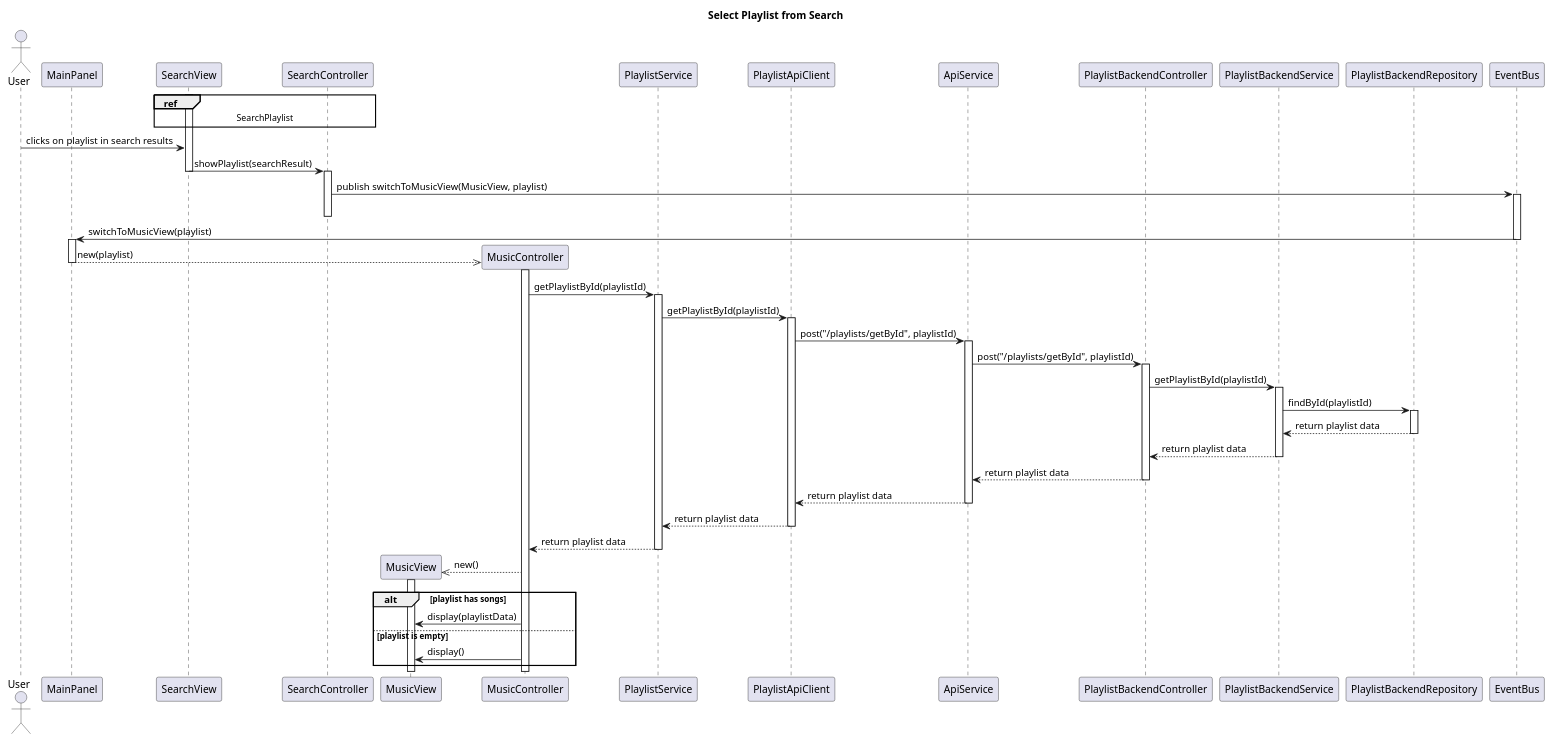
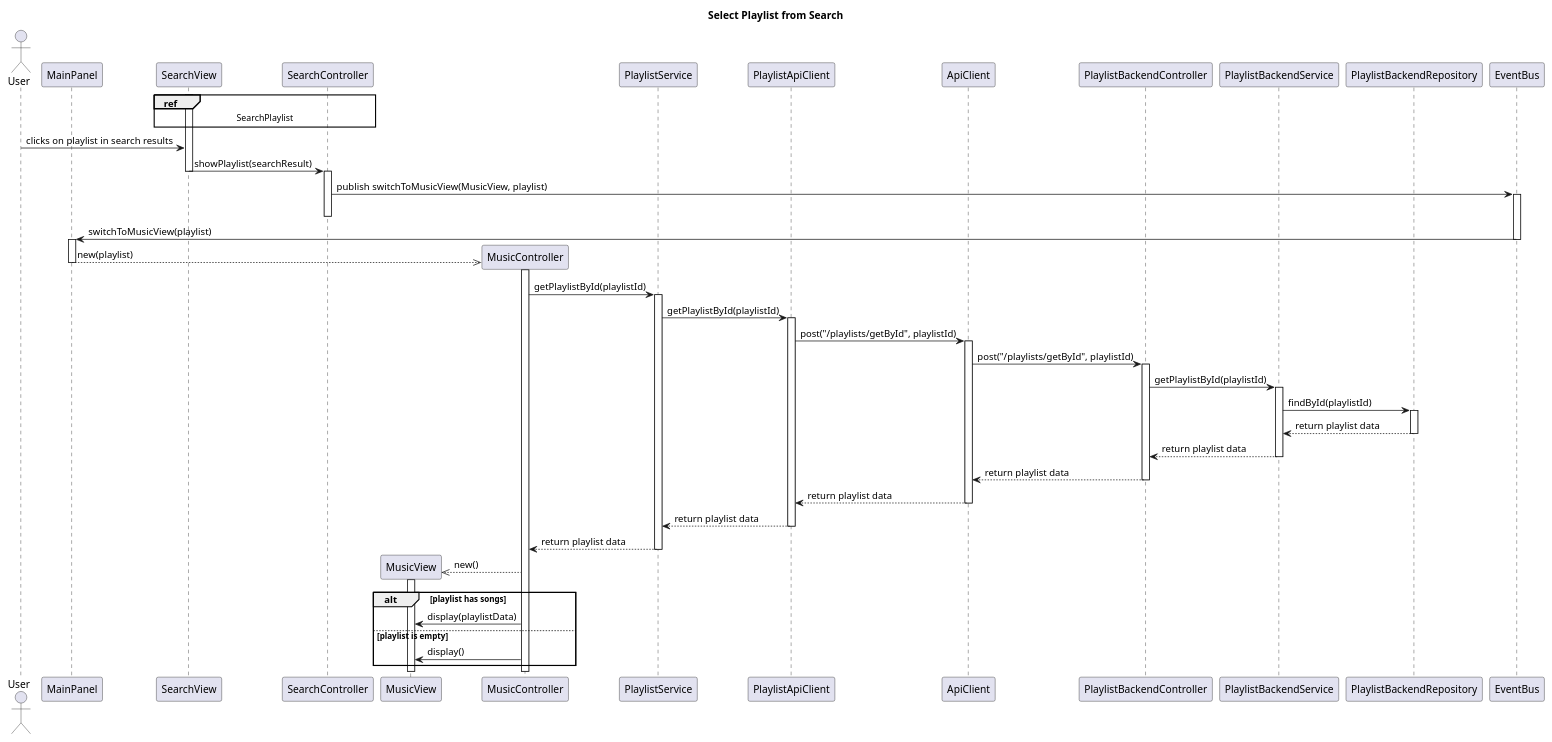
One commit to RubenKingCP/Tunix changed the diagram in Paradoteo_4/SequenceDiagrams-v0.3/SelectPlaylistFromSearch.puml. Above: the diagram before and after it, drawn with PlantUML. The commit also changed 40 other files, not shown here.

```diff
--- a/Paradoteo_4/SequenceDiagrams-v0.3/SelectPlaylistFromSearch.puml
+++ b/Paradoteo_4/SequenceDiagrams-v0.3/SelectPlaylistFromSearch.puml
@@ -1,73 +1,73 @@
 @startuml SelectPlaylistFromSearch
 
 title Select Playlist from Search
 
 actor User
 
 participant MainPanel
 participant SearchView
 participant SearchController
 participant MusicView
 participant MusicController
 participant PlaylistService
 participant PlaylistApiClient
-participant ApiService
+participant ApiClient
 participant PlaylistBackendController
 participant PlaylistBackendService
 participant PlaylistBackendRepository
 
 
 participant EventBus
 
 ref over SearchView, SearchController
 SearchPlaylist
 end ref
 activate SearchView
 User -> SearchView : clicks on playlist in search results
 SearchView -> SearchController : showPlaylist(searchResult)
 deactivate SearchView
 activate SearchController
 SearchController -> EventBus : publish switchToMusicView(MusicView, playlist)
 activate EventBus
 deactivate SearchController
 EventBus -> MainPanel : switchToMusicView(playlist)
 deactivate EventBus
 activate MainPanel
 create MusicController
 MainPanel -->> MusicController : new(playlist)
 deactivate MainPanel
 activate MusicController
 MusicController -> PlaylistService : getPlaylistById(playlistId)
 activate PlaylistService
 PlaylistService -> PlaylistApiClient : getPlaylistById(playlistId)
 activate PlaylistApiClient
-PlaylistApiClient -> ApiService : post("/playlists/getById", playlistId)
-activate ApiService
-ApiService -> PlaylistBackendController : post("/playlists/getById", playlistId)
+PlaylistApiClient -> ApiClient : post("/playlists/getById", playlistId)
+activate ApiClient
+ApiClient -> PlaylistBackendController : post("/playlists/getById", playlistId)
 activate PlaylistBackendController
 PlaylistBackendController -> PlaylistBackendService : getPlaylistById(playlistId)
 activate PlaylistBackendService
 PlaylistBackendService -> PlaylistBackendRepository : findById(playlistId)
 activate PlaylistBackendRepository
 PlaylistBackendRepository --> PlaylistBackendService : return playlist data
 deactivate PlaylistBackendRepository
 PlaylistBackendService --> PlaylistBackendController : return playlist data
 deactivate PlaylistBackendService
-PlaylistBackendController --> ApiService : return playlist data
+PlaylistBackendController --> ApiClient : return playlist data
 deactivate PlaylistBackendController
-ApiService --> PlaylistApiClient : return playlist data
-deactivate ApiService
+ApiClient --> PlaylistApiClient : return playlist data
+deactivate ApiClient
 PlaylistApiClient --> PlaylistService : return playlist data
 deactivate PlaylistApiClient
 PlaylistService --> MusicController : return playlist data
 deactivate PlaylistService
 create MusicView
 MusicController -->> MusicView : new()
 activate MusicView
 alt playlist has songs
     MusicController -> MusicView : display(playlistData)
 else playlist is empty
     MusicController -> MusicView : display()
 end
 
 @enduml
```
